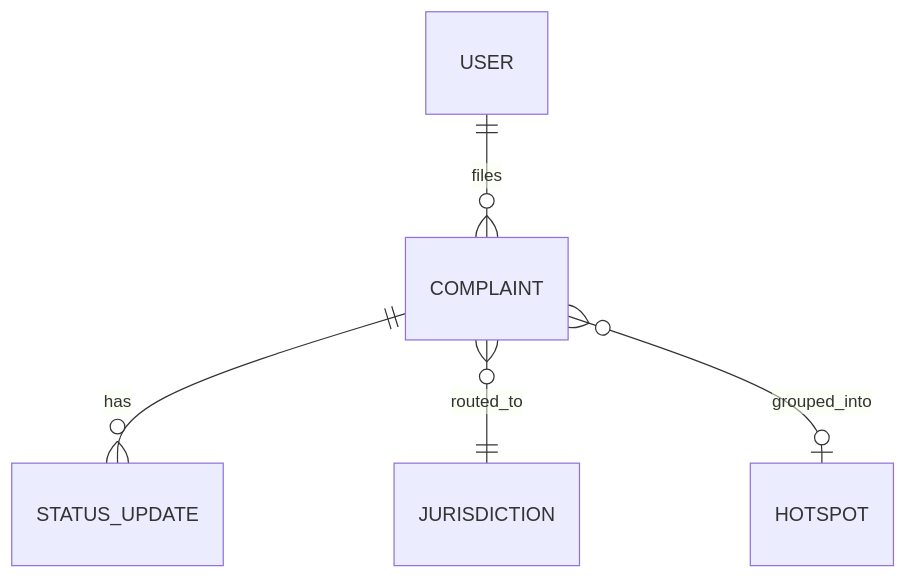
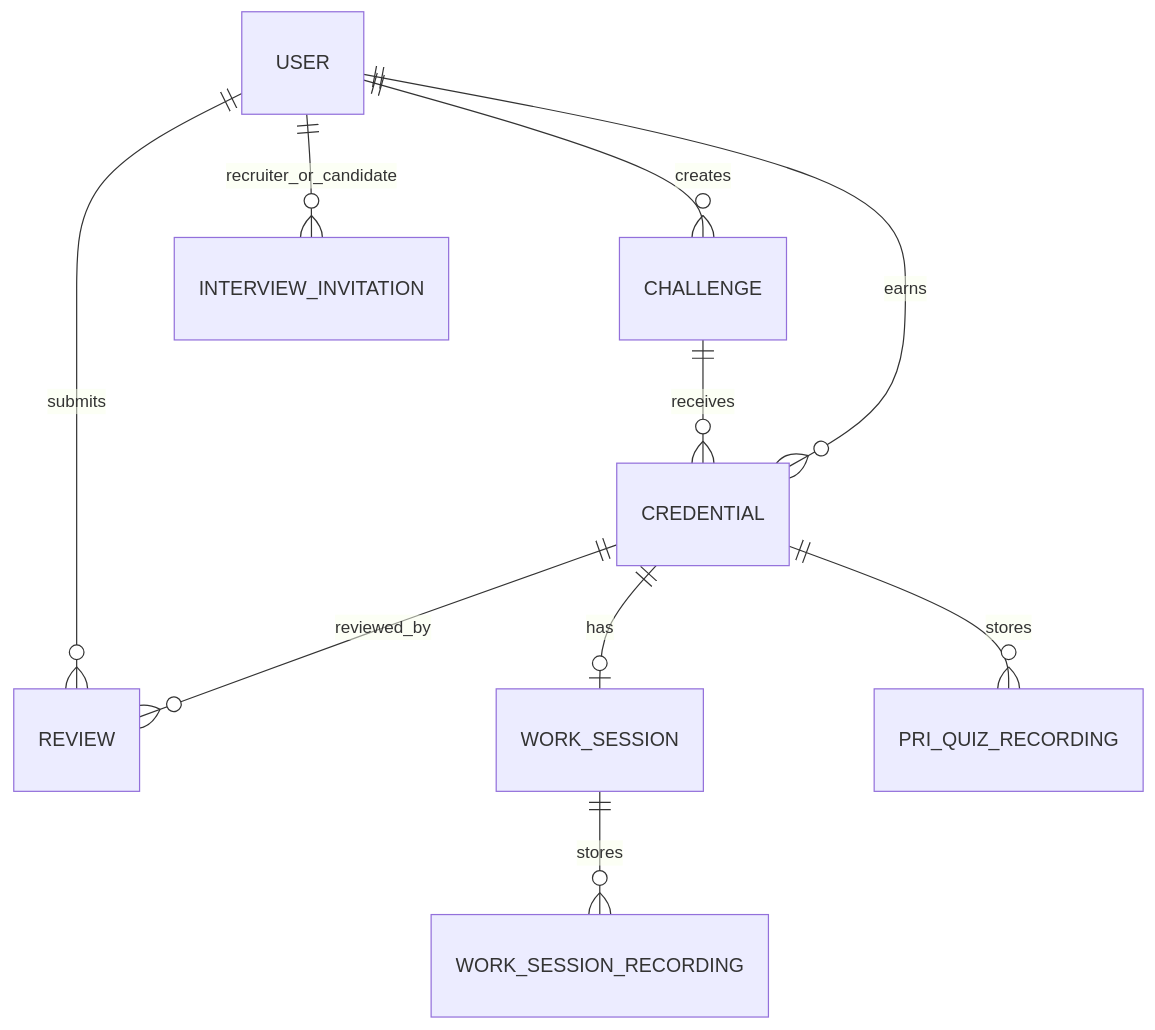
Before and after one commit to visheshdevanur/hackmysp2: the second of 2 diagrams in docs/architecture.md, drawn with Mermaid. The commit also changed other lines of this file and 7 other files, not shown here.

````diff
--- a/docs/architecture.md
+++ b/docs/architecture.md
@@ -41,7 +48,12 @@
 ```mermaid
 erDiagram
-    COMPLAINT ||--o{ STATUS_UPDATE : has
-    COMPLAINT }o--|| JURISDICTION : routed_to
-    COMPLAINT }o--o| HOTSPOT : grouped_into
-    USER ||--o{ COMPLAINT : files
+    USER ||--o{ CHALLENGE : creates
+    USER ||--o{ CREDENTIAL : earns
+    CHALLENGE ||--o{ CREDENTIAL : receives
+    CREDENTIAL ||--o{ REVIEW : reviewed_by
+    USER ||--o{ REVIEW : submits
+    CREDENTIAL ||--o| WORK_SESSION : has
+    WORK_SESSION ||--o{ WORK_SESSION_RECORDING : stores
+    CREDENTIAL ||--o{ PRI_QUIZ_RECORDING : stores
+    USER ||--o{ INTERVIEW_INVITATION : recruiter_or_candidate
 ```
````
